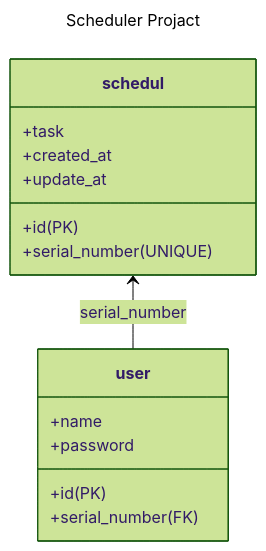
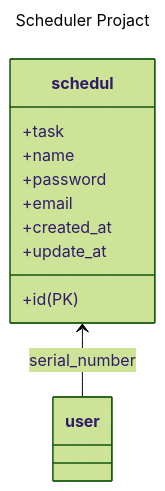
One commit to junseok708/cata_1 changed the diagram in README.md. Above: the diagram before and after it, drawn with Mermaid (forest theme). The commit also changed other lines of this file and 6 other files, not shown here.

````diff
--- a/README.md
+++ b/README.md
@@ -101,20 +101,16 @@
 ```mermaid
 ---
 title : "Scheduler Projact"
 ---
 classDiagram
     schedul <-- user: serial_number
     class schedul {
         +id(PK)
-        +serial_number(UNIQUE)
         +task
+        +name
+        +password
+        +email
         +created_at
         +update_at
     }
-    class user {
-        +id(PK)
-        +serial_number(FK)
-        +name
-        +password
-    }
 ```
````
